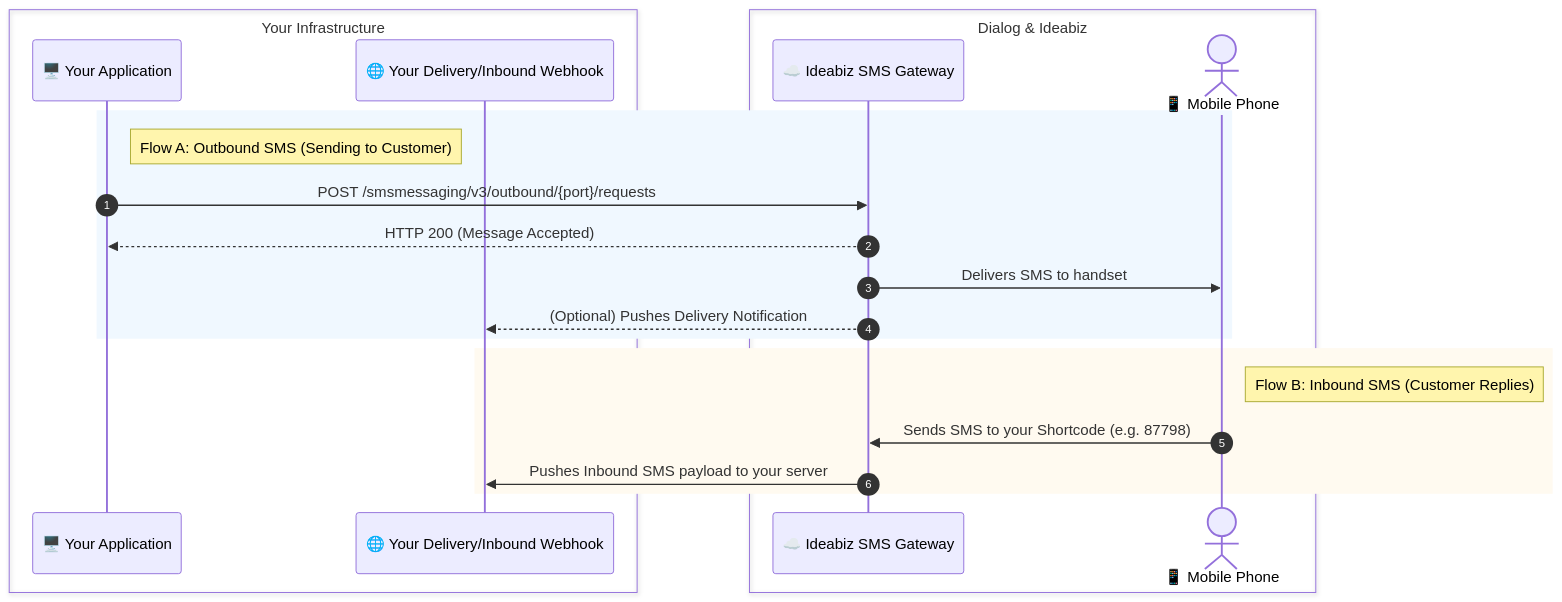
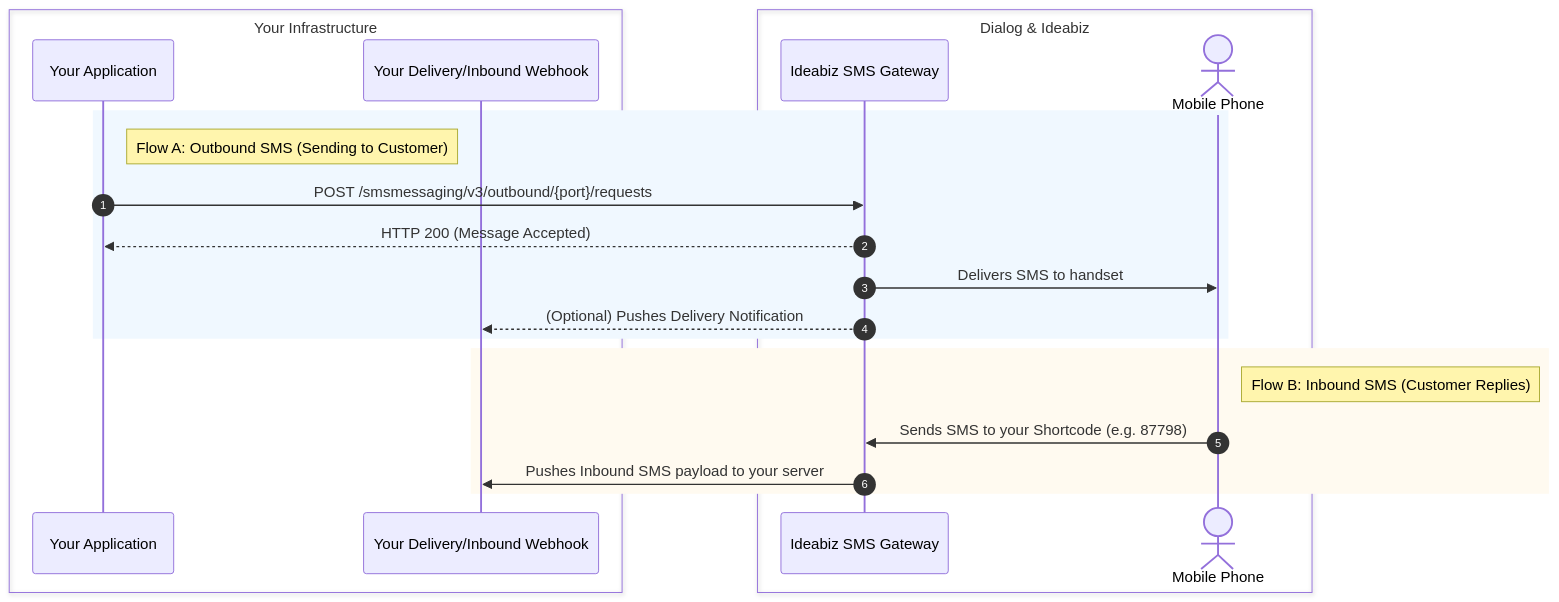
The diagram in docs/APIs/Main/SMS.md (ideabizmart/Docs-Ideabiz-v2), drawn with Mermaid before and after one commit. The commit also changed other lines of this file and 8 other files, not shown here.

````diff
--- a/docs/APIs/Main/SMS.md
+++ b/docs/APIs/Main/SMS.md
@@ -11,26 +11,26 @@
 ```mermaid
 sequenceDiagram
     autonumber
     box Your Infrastructure
-        participant App as 🖥️ Your Application
-        participant Webhook as 🌐 Your Delivery/Inbound Webhook
+        participant App as Your Application
+        participant Webhook as Your Delivery/Inbound Webhook
     end
     box Dialog & Ideabiz
-        participant Ideabiz as ☁️ Ideabiz SMS Gateway
-        actor Customer as 📱 Mobile Phone
+        participant Ideabiz as Ideabiz SMS Gateway
+        actor Customer as Mobile Phone
     end
 
     rect rgb(240, 248, 255)
     note right of App: Flow A: Outbound SMS (Sending to Customer)
     App->>Ideabiz: POST /smsmessaging/v3/outbound/{port}/requests
     Ideabiz-->>App: HTTP 200 (Message Accepted)
     Ideabiz->>Customer: Delivers SMS to handset
     Ideabiz-->>Webhook: (Optional) Pushes Delivery Notification
     end
 
     rect rgb(255, 250, 240)
     note right of Customer: Flow B: Inbound SMS (Customer Replies)
     Customer->>Ideabiz: Sends SMS to your Shortcode (e.g. 87798)
     Ideabiz->>Webhook: Pushes Inbound SMS payload to your server
     end
 ```
````
